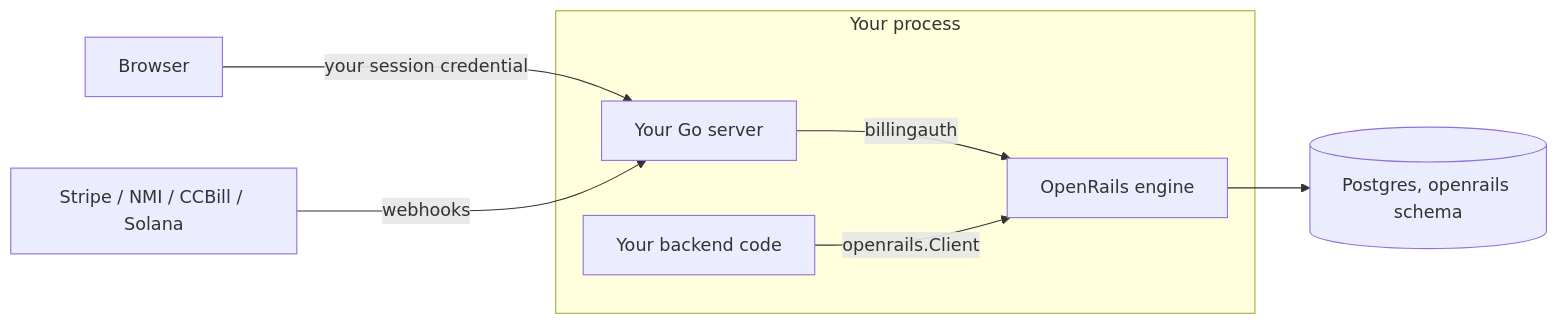
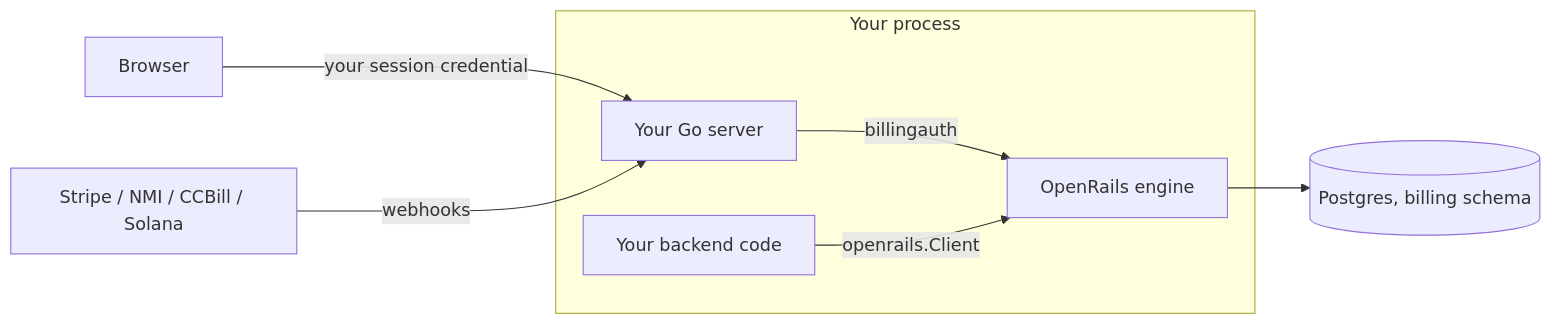
Before and after one commit to open-rails/openrails: the diagram in docs/embedded-integration.md, drawn with Mermaid. The commit also changed 26 other files, not shown here.

First line of the commit message:
One schema rewriter for migrations and runtime (#1123)

````diff
--- a/docs/embedded-integration.md
+++ b/docs/embedded-integration.md
@@ -29,10 +29,10 @@
 ```mermaid
 flowchart LR
     B[Browser] -- your session credential --> S[Your Go server]
     subgraph P[Your process]
         S -- billingauth --> OR[OpenRails engine]
         C[Your backend code] -- openrails.Client --> OR
     end
-    OR --> PG[(Postgres, openrails schema)]
+    OR --> PG[(Postgres, billing schema)]
     R[Stripe / NMI / CCBill / Solana] -- webhooks --> S
 ```
````
